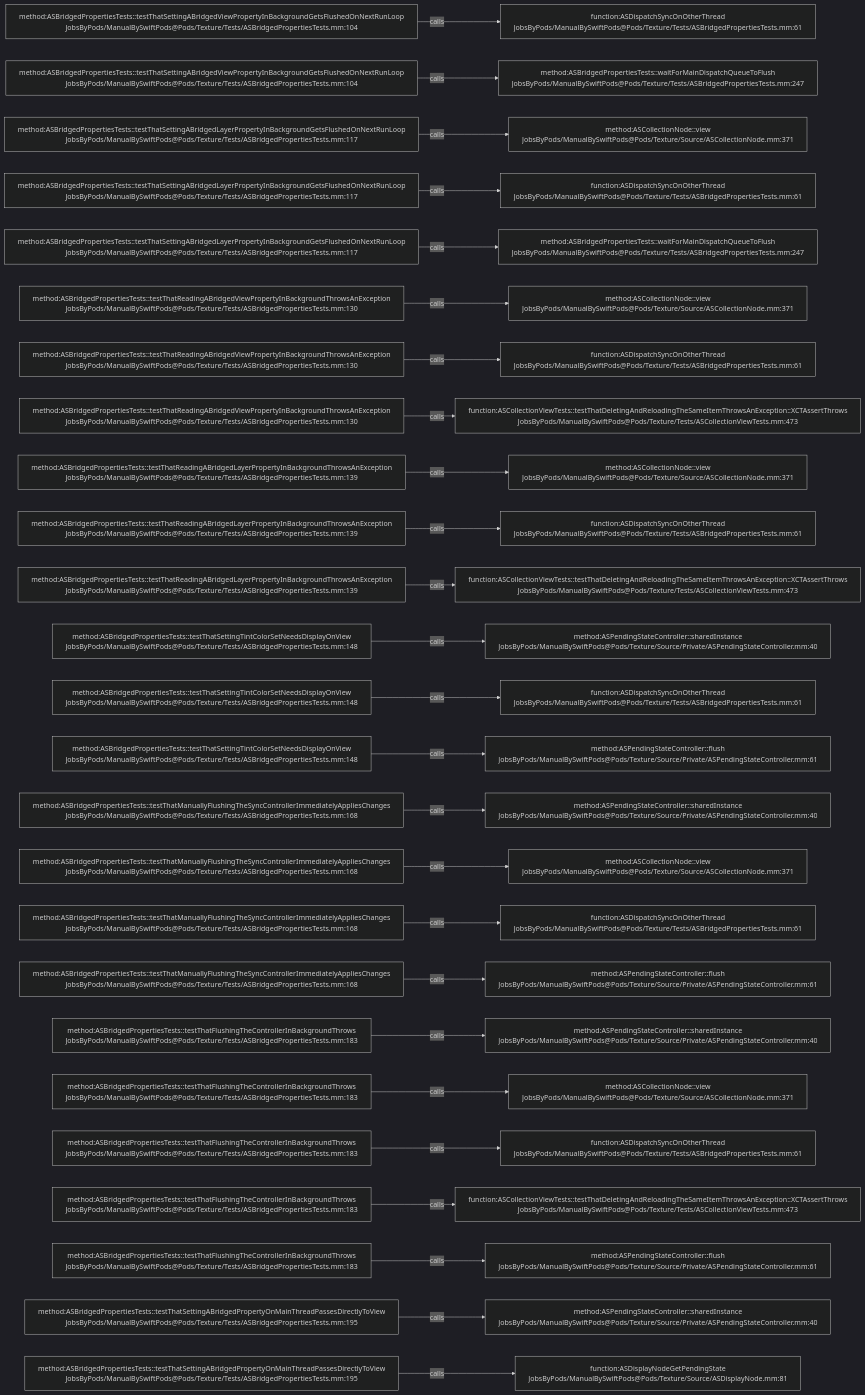
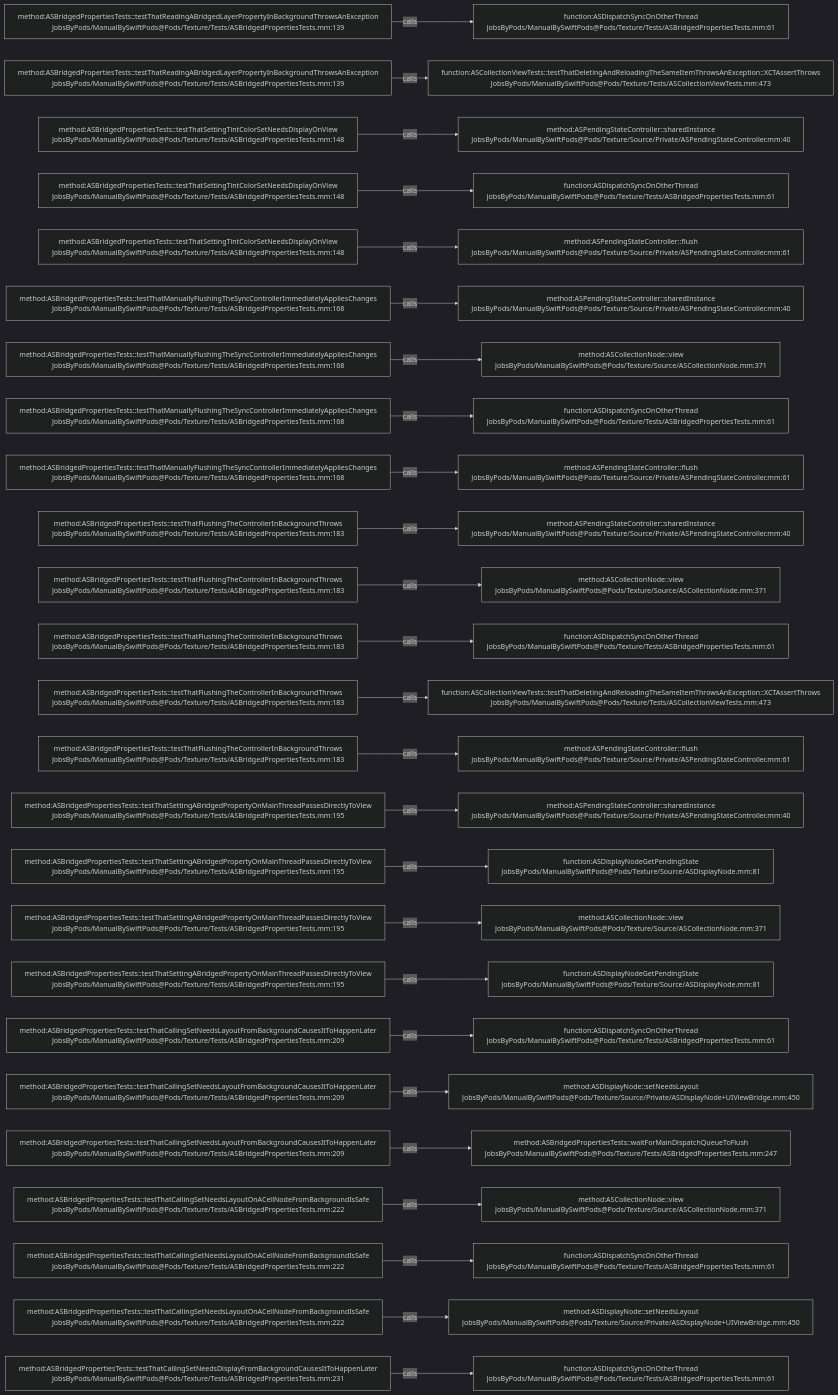
Before and after one commit to JobsKits/JobsSwiftBaseConfigDemo: the diagram in .codegraph/codegraph.md/graphs/calls-164.md, drawn with Mermaid (dark theme). The commit also changed 707 other files, not shown here.

````diff
--- a/.codegraph/codegraph.md/graphs/calls-164.md
+++ b/.codegraph/codegraph.md/graphs/calls-164.md
@@ -13,78 +13,78 @@
 ```mermaid
 flowchart LR
-  S1["method:ASBridgedPropertiesTests::testThatSettingABridgedViewPropertyInBackgroundGetsFlushedOnNextRunLoop<br/>JobsByPods/ManualBySwiftPods@Pods/Texture/Tests/ASBridgedPropertiesTests.mm:104"]
+  S1["method:ASBridgedPropertiesTests::testThatReadingABridgedLayerPropertyInBackgroundThrowsAnException<br/>JobsByPods/ManualBySwiftPods@Pods/Texture/Tests/ASBridgedPropertiesTests.mm:139"]
   T1["function:ASDispatchSyncOnOtherThread<br/>JobsByPods/ManualBySwiftPods@Pods/Texture/Tests/ASBridgedPropertiesTests.mm:61"]
   S1 -->|calls| T1
-  S2["method:ASBridgedPropertiesTests::testThatSettingABridgedViewPropertyInBackgroundGetsFlushedOnNextRunLoop<br/>JobsByPods/ManualBySwiftPods@Pods/Texture/Tests/ASBridgedPropertiesTests.mm:104"]
-  T2["method:ASBridgedPropertiesTests::waitForMainDispatchQueueToFlush<br/>JobsByPods/ManualBySwiftPods@Pods/Texture/Tests/ASBridgedPropertiesTests.mm:247"]
+  S2["method:ASBridgedPropertiesTests::testThatReadingABridgedLayerPropertyInBackgroundThrowsAnException<br/>JobsByPods/ManualBySwiftPods@Pods/Texture/Tests/ASBridgedPropertiesTests.mm:139"]
+  T2["function:ASCollectionViewTests::testThatDeletingAndReloadingTheSameItemThrowsAnException::XCTAssertThrows<br/>JobsByPods/ManualBySwiftPods@Pods/Texture/Tests/ASCollectionViewTests.mm:473"]
   S2 -->|calls| T2
-  S3["method:ASBridgedPropertiesTests::testThatSettingABridgedLayerPropertyInBackgroundGetsFlushedOnNextRunLoop<br/>JobsByPods/ManualBySwiftPods@Pods/Texture/Tests/ASBridgedPropertiesTests.mm:117"]
-  T3["method:ASCollectionNode::view<br/>JobsByPods/ManualBySwiftPods@Pods/Texture/Source/ASCollectionNode.mm:371"]
+  S3["method:ASBridgedPropertiesTests::testThatSettingTintColorSetNeedsDisplayOnView<br/>JobsByPods/ManualBySwiftPods@Pods/Texture/Tests/ASBridgedPropertiesTests.mm:148"]
+  T3["method:ASPendingStateController::sharedInstance<br/>JobsByPods/ManualBySwiftPods@Pods/Texture/Source/Private/ASPendingStateController.mm:40"]
   S3 -->|calls| T3
-  S4["method:ASBridgedPropertiesTests::testThatSettingABridgedLayerPropertyInBackgroundGetsFlushedOnNextRunLoop<br/>JobsByPods/ManualBySwiftPods@Pods/Texture/Tests/ASBridgedPropertiesTests.mm:117"]
+  S4["method:ASBridgedPropertiesTests::testThatSettingTintColorSetNeedsDisplayOnView<br/>JobsByPods/ManualBySwiftPods@Pods/Texture/Tests/ASBridgedPropertiesTests.mm:148"]
   T4["function:ASDispatchSyncOnOtherThread<br/>JobsByPods/ManualBySwiftPods@Pods/Texture/Tests/ASBridgedPropertiesTests.mm:61"]
   S4 -->|calls| T4
-  S5["method:ASBridgedPropertiesTests::testThatSettingABridgedLayerPropertyInBackgroundGetsFlushedOnNextRunLoop<br/>JobsByPods/ManualBySwiftPods@Pods/Texture/Tests/ASBridgedPropertiesTests.mm:117"]
-  T5["method:ASBridgedPropertiesTests::waitForMainDispatchQueueToFlush<br/>JobsByPods/ManualBySwiftPods@Pods/Texture/Tests/ASBridgedPropertiesTests.mm:247"]
+  S5["method:ASBridgedPropertiesTests::testThatSettingTintColorSetNeedsDisplayOnView<br/>JobsByPods/ManualBySwiftPods@Pods/Texture/Tests/ASBridgedPropertiesTests.mm:148"]
+  T5["method:ASPendingStateController::flush<br/>JobsByPods/ManualBySwiftPods@Pods/Texture/Source/Private/ASPendingStateController.mm:61"]
   S5 -->|calls| T5
-  S6["method:ASBridgedPropertiesTests::testThatReadingABridgedViewPropertyInBackgroundThrowsAnException<br/>JobsByPods/ManualBySwiftPods@Pods/Texture/Tests/ASBridgedPropertiesTests.mm:130"]
-  T6["method:ASCollectionNode::view<br/>JobsByPods/ManualBySwiftPods@Pods/Texture/Source/ASCollectionNode.mm:371"]
+  S6["method:ASBridgedPropertiesTests::testThatManuallyFlushingTheSyncControllerImmediatelyAppliesChanges<br/>JobsByPods/ManualBySwiftPods@Pods/Texture/Tests/ASBridgedPropertiesTests.mm:168"]
+  T6["method:ASPendingStateController::sharedInstance<br/>JobsByPods/ManualBySwiftPods@Pods/Texture/Source/Private/ASPendingStateController.mm:40"]
   S6 -->|calls| T6
-  S7["method:ASBridgedPropertiesTests::testThatReadingABridgedViewPropertyInBackgroundThrowsAnException<br/>JobsByPods/ManualBySwiftPods@Pods/Texture/Tests/ASBridgedPropertiesTests.mm:130"]
-  T7["function:ASDispatchSyncOnOtherThread<br/>JobsByPods/ManualBySwiftPods@Pods/Texture/Tests/ASBridgedPropertiesTests.mm:61"]
+  S7["method:ASBridgedPropertiesTests::testThatManuallyFlushingTheSyncControllerImmediatelyAppliesChanges<br/>JobsByPods/ManualBySwiftPods@Pods/Texture/Tests/ASBridgedPropertiesTests.mm:168"]
+  T7["method:ASCollectionNode::view<br/>JobsByPods/ManualBySwiftPods@Pods/Texture/Source/ASCollectionNode.mm:371"]
   S7 -->|calls| T7
-  S8["method:ASBridgedPropertiesTests::testThatReadingABridgedViewPropertyInBackgroundThrowsAnException<br/>JobsByPods/ManualBySwiftPods@Pods/Texture/Tests/ASBridgedPropertiesTests.mm:130"]
-  T8["function:ASCollectionViewTests::testThatDeletingAndReloadingTheSameItemThrowsAnException::XCTAssertThrows<br/>JobsByPods/ManualBySwiftPods@Pods/Texture/Tests/ASCollectionViewTests.mm:473"]
+  S8["method:ASBridgedPropertiesTests::testThatManuallyFlushingTheSyncControllerImmediatelyAppliesChanges<br/>JobsByPods/ManualBySwiftPods@Pods/Texture/Tests/ASBridgedPropertiesTests.mm:168"]
+  T8["function:ASDispatchSyncOnOtherThread<br/>JobsByPods/ManualBySwiftPods@Pods/Texture/Tests/ASBridgedPropertiesTests.mm:61"]
   S8 -->|calls| T8
-  S9["method:ASBridgedPropertiesTests::testThatReadingABridgedLayerPropertyInBackgroundThrowsAnException<br/>JobsByPods/ManualBySwiftPods@Pods/Texture/Tests/ASBridgedPropertiesTests.mm:139"]
-  T9["method:ASCollectionNode::view<br/>JobsByPods/ManualBySwiftPods@Pods/Texture/Source/ASCollectionNode.mm:371"]
+  S9["method:ASBridgedPropertiesTests::testThatManuallyFlushingTheSyncControllerImmediatelyAppliesChanges<br/>JobsByPods/ManualBySwiftPods@Pods/Texture/Tests/ASBridgedPropertiesTests.mm:168"]
+  T9["method:ASPendingStateController::flush<br/>JobsByPods/ManualBySwiftPods@Pods/Texture/Source/Private/ASPendingStateController.mm:61"]
   S9 -->|calls| T9
-  S10["method:ASBridgedPropertiesTests::testThatReadingABridgedLayerPropertyInBackgroundThrowsAnException<br/>JobsByPods/ManualBySwiftPods@Pods/Texture/Tests/ASBridgedPropertiesTests.mm:139"]
-  T10["function:ASDispatchSyncOnOtherThread<br/>JobsByPods/ManualBySwiftPods@Pods/Texture/Tests/ASBridgedPropertiesTests.mm:61"]
+  S10["method:ASBridgedPropertiesTests::testThatFlushingTheControllerInBackgroundThrows<br/>JobsByPods/ManualBySwiftPods@Pods/Texture/Tests/ASBridgedPropertiesTests.mm:183"]
+  T10["method:ASPendingStateController::sharedInstance<br/>JobsByPods/ManualBySwiftPods@Pods/Texture/Source/Private/ASPendingStateController.mm:40"]
   S10 -->|calls| T10
-  S11["method:ASBridgedPropertiesTests::testThatReadingABridgedLayerPropertyInBackgroundThrowsAnException<br/>JobsByPods/ManualBySwiftPods@Pods/Texture/Tests/ASBridgedPropertiesTests.mm:139"]
-  T11["function:ASCollectionViewTests::testThatDeletingAndReloadingTheSameItemThrowsAnException::XCTAssertThrows<br/>JobsByPods/ManualBySwiftPods@Pods/Texture/Tests/ASCollectionViewTests.mm:473"]
+  S11["method:ASBridgedPropertiesTests::testThatFlushingTheControllerInBackgroundThrows<br/>JobsByPods/ManualBySwiftPods@Pods/Texture/Tests/ASBridgedPropertiesTests.mm:183"]
+  T11["method:ASCollectionNode::view<br/>JobsByPods/ManualBySwiftPods@Pods/Texture/Source/ASCollectionNode.mm:371"]
   S11 -->|calls| T11
-  S12["method:ASBridgedPropertiesTests::testThatSettingTintColorSetNeedsDisplayOnView<br/>JobsByPods/ManualBySwiftPods@Pods/Texture/Tests/ASBridgedPropertiesTests.mm:148"]
-  T12["method:ASPendingStateController::sharedInstance<br/>JobsByPods/ManualBySwiftPods@Pods/Texture/Source/Private/ASPendingStateController.mm:40"]
+  S12["method:ASBridgedPropertiesTests::testThatFlushingTheControllerInBackgroundThrows<br/>JobsByPods/ManualBySwiftPods@Pods/Texture/Tests/ASBridgedPropertiesTests.mm:183"]
+  T12["function:ASDispatchSyncOnOtherThread<br/>JobsByPods/ManualBySwiftPods@Pods/Texture/Tests/ASBridgedPropertiesTests.mm:61"]
   S12 -->|calls| T12
-  S13["method:ASBridgedPropertiesTests::testThatSettingTintColorSetNeedsDisplayOnView<br/>JobsByPods/ManualBySwiftPods@Pods/Texture/Tests/ASBridgedPropertiesTests.mm:148"]
-  T13["function:ASDispatchSyncOnOtherThread<br/>JobsByPods/ManualBySwiftPods@Pods/Texture/Tests/ASBridgedPropertiesTests.mm:61"]
+  S13["method:ASBridgedPropertiesTests::testThatFlushingTheControllerInBackgroundThrows<br/>JobsByPods/ManualBySwiftPods@Pods/Texture/Tests/ASBridgedPropertiesTests.mm:183"]
+  T13["function:ASCollectionViewTests::testThatDeletingAndReloadingTheSameItemThrowsAnException::XCTAssertThrows<br/>JobsByPods/ManualBySwiftPods@Pods/Texture/Tests/ASCollectionViewTests.mm:473"]
   S13 -->|calls| T13
-  S14["method:ASBridgedPropertiesTests::testThatSettingTintColorSetNeedsDisplayOnView<br/>JobsByPods/ManualBySwiftPods@Pods/Texture/Tests/ASBridgedPropertiesTests.mm:148"]
+  S14["method:ASBridgedPropertiesTests::testThatFlushingTheControllerInBackgroundThrows<br/>JobsByPods/ManualBySwiftPods@Pods/Texture/Tests/ASBridgedPropertiesTests.mm:183"]
   T14["method:ASPendingStateController::flush<br/>JobsByPods/ManualBySwiftPods@Pods/Texture/Source/Private/ASPendingStateController.mm:61"]
   S14 -->|calls| T14
-  S15["method:ASBridgedPropertiesTests::testThatManuallyFlushingTheSyncControllerImmediatelyAppliesChanges<br/>JobsByPods/ManualBySwiftPods@Pods/Texture/Tests/ASBridgedPropertiesTests.mm:168"]
+  S15["method:ASBridgedPropertiesTests::testThatSettingABridgedPropertyOnMainThreadPassesDirectlyToView<br/>JobsByPods/ManualBySwiftPods@Pods/Texture/Tests/ASBridgedPropertiesTests.mm:195"]
   T15["method:ASPendingStateController::sharedInstance<br/>JobsByPods/ManualBySwiftPods@Pods/Texture/Source/Private/ASPendingStateController.mm:40"]
   S15 -->|calls| T15
-  S16["method:ASBridgedPropertiesTests::testThatManuallyFlushingTheSyncControllerImmediatelyAppliesChanges<br/>JobsByPods/ManualBySwiftPods@Pods/Texture/Tests/ASBridgedPropertiesTests.mm:168"]
-  T16["method:ASCollectionNode::view<br/>JobsByPods/ManualBySwiftPods@Pods/Texture/Source/ASCollectionNode.mm:371"]
+  S16["method:ASBridgedPropertiesTests::testThatSettingABridgedPropertyOnMainThreadPassesDirectlyToView<br/>JobsByPods/ManualBySwiftPods@Pods/Texture/Tests/ASBridgedPropertiesTests.mm:195"]
+  T16["function:ASDisplayNodeGetPendingState<br/>JobsByPods/ManualBySwiftPods@Pods/Texture/Source/ASDisplayNode.mm:81"]
   S16 -->|calls| T16
-  S17["method:ASBridgedPropertiesTests::testThatManuallyFlushingTheSyncControllerImmediatelyAppliesChanges<br/>JobsByPods/ManualBySwiftPods@Pods/Texture/Tests/ASBridgedPropertiesTests.mm:168"]
-  T17["function:ASDispatchSyncOnOtherThread<br/>JobsByPods/ManualBySwiftPods@Pods/Texture/Tests/ASBridgedPropertiesTests.mm:61"]
+  S17["method:ASBridgedPropertiesTests::testThatSettingABridgedPropertyOnMainThreadPassesDirectlyToView<br/>JobsByPods/ManualBySwiftPods@Pods/Texture/Tests/ASBridgedPropertiesTests.mm:195"]
+  T17["method:ASCollectionNode::view<br/>JobsByPods/ManualBySwiftPods@Pods/Texture/Source/ASCollectionNode.mm:371"]
   S17 -->|calls| T17
-  S18["method:ASBridgedPropertiesTests::testThatManuallyFlushingTheSyncControllerImmediatelyAppliesChanges<br/>JobsByPods/ManualBySwiftPods@Pods/Texture/Tests/ASBridgedPropertiesTests.mm:168"]
-  T18["method:ASPendingStateController::flush<br/>JobsByPods/ManualBySwiftPods@Pods/Texture/Source/Private/ASPendingStateController.mm:61"]
+  S18["method:ASBridgedPropertiesTests::testThatSettingABridgedPropertyOnMainThreadPassesDirectlyToView<br/>JobsByPods/ManualBySwiftPods@Pods/Texture/Tests/ASBridgedPropertiesTests.mm:195"]
+  T18["function:ASDisplayNodeGetPendingState<br/>JobsByPods/ManualBySwiftPods@Pods/Texture/Source/ASDisplayNode.mm:81"]
   S18 -->|calls| T18
-  S19["method:ASBridgedPropertiesTests::testThatFlushingTheControllerInBackgroundThrows<br/>JobsByPods/ManualBySwiftPods@Pods/Texture/Tests/ASBridgedPropertiesTests.mm:183"]
-  T19["method:ASPendingStateController::sharedInstance<br/>JobsByPods/ManualBySwiftPods@Pods/Texture/Source/Private/ASPendingStateController.mm:40"]
+  S19["method:ASBridgedPropertiesTests::testThatCallingSetNeedsLayoutFromBackgroundCausesItToHappenLater<br/>JobsByPods/ManualBySwiftPods@Pods/Texture/Tests/ASBridgedPropertiesTests.mm:209"]
+  T19["function:ASDispatchSyncOnOtherThread<br/>JobsByPods/ManualBySwiftPods@Pods/Texture/Tests/ASBridgedPropertiesTests.mm:61"]
   S19 -->|calls| T19
-  S20["method:ASBridgedPropertiesTests::testThatFlushingTheControllerInBackgroundThrows<br/>JobsByPods/ManualBySwiftPods@Pods/Texture/Tests/ASBridgedPropertiesTests.mm:183"]
-  T20["method:ASCollectionNode::view<br/>JobsByPods/ManualBySwiftPods@Pods/Texture/Source/ASCollectionNode.mm:371"]
+  S20["method:ASBridgedPropertiesTests::testThatCallingSetNeedsLayoutFromBackgroundCausesItToHappenLater<br/>JobsByPods/ManualBySwiftPods@Pods/Texture/Tests/ASBridgedPropertiesTests.mm:209"]
+  T20["method:ASDisplayNode::setNeedsLayout<br/>JobsByPods/ManualBySwiftPods@Pods/Texture/Source/Private/ASDisplayNode+UIViewBridge.mm:450"]
   S20 -->|calls| T20
-  S21["method:ASBridgedPropertiesTests::testThatFlushingTheControllerInBackgroundThrows<br/>JobsByPods/ManualBySwiftPods@Pods/Texture/Tests/ASBridgedPropertiesTests.mm:183"]
-  T21["function:ASDispatchSyncOnOtherThread<br/>JobsByPods/ManualBySwiftPods@Pods/Texture/Tests/ASBridgedPropertiesTests.mm:61"]
+  S21["method:ASBridgedPropertiesTests::testThatCallingSetNeedsLayoutFromBackgroundCausesItToHappenLater<br/>JobsByPods/ManualBySwiftPods@Pods/Texture/Tests/ASBridgedPropertiesTests.mm:209"]
+  T21["method:ASBridgedPropertiesTests::waitForMainDispatchQueueToFlush<br/>JobsByPods/ManualBySwiftPods@Pods/Texture/Tests/ASBridgedPropertiesTests.mm:247"]
   S21 -->|calls| T21
-  S22["method:ASBridgedPropertiesTests::testThatFlushingTheControllerInBackgroundThrows<br/>JobsByPods/ManualBySwiftPods@Pods/Texture/Tests/ASBridgedPropertiesTests.mm:183"]
-  T22["function:ASCollectionViewTests::testThatDeletingAndReloadingTheSameItemThrowsAnException::XCTAssertThrows<br/>JobsByPods/ManualBySwiftPods@Pods/Texture/Tests/ASCollectionViewTests.mm:473"]
+  S22["method:ASBridgedPropertiesTests::testThatCallingSetNeedsLayoutOnACellNodeFromBackgroundIsSafe<br/>JobsByPods/ManualBySwiftPods@Pods/Texture/Tests/ASBridgedPropertiesTests.mm:222"]
+  T22["method:ASCollectionNode::view<br/>JobsByPods/ManualBySwiftPods@Pods/Texture/Source/ASCollectionNode.mm:371"]
   S22 -->|calls| T22
-  S23["method:ASBridgedPropertiesTests::testThatFlushingTheControllerInBackgroundThrows<br/>JobsByPods/ManualBySwiftPods@Pods/Texture/Tests/ASBridgedPropertiesTests.mm:183"]
-  T23["method:ASPendingStateController::flush<br/>JobsByPods/ManualBySwiftPods@Pods/Texture/Source/Private/ASPendingStateController.mm:61"]
+  S23["method:ASBridgedPropertiesTests::testThatCallingSetNeedsLayoutOnACellNodeFromBackgroundIsSafe<br/>JobsByPods/ManualBySwiftPods@Pods/Texture/Tests/ASBridgedPropertiesTests.mm:222"]
+  T23["function:ASDispatchSyncOnOtherThread<br/>JobsByPods/ManualBySwiftPods@Pods/Texture/Tests/ASBridgedPropertiesTests.mm:61"]
   S23 -->|calls| T23
-  S24["method:ASBridgedPropertiesTests::testThatSettingABridgedPropertyOnMainThreadPassesDirectlyToView<br/>JobsByPods/ManualBySwiftPods@Pods/Texture/Tests/ASBridgedPropertiesTests.mm:195"]
-  T24["method:ASPendingStateController::sharedInstance<br/>JobsByPods/ManualBySwiftPods@Pods/Texture/Source/Private/ASPendingStateController.mm:40"]
+  S24["method:ASBridgedPropertiesTests::testThatCallingSetNeedsLayoutOnACellNodeFromBackgroundIsSafe<br/>JobsByPods/ManualBySwiftPods@Pods/Texture/Tests/ASBridgedPropertiesTests.mm:222"]
+  T24["method:ASDisplayNode::setNeedsLayout<br/>JobsByPods/ManualBySwiftPods@Pods/Texture/Source/Private/ASDisplayNode+UIViewBridge.mm:450"]
   S24 -->|calls| T24
-  S25["method:ASBridgedPropertiesTests::testThatSettingABridgedPropertyOnMainThreadPassesDirectlyToView<br/>JobsByPods/ManualBySwiftPods@Pods/Texture/Tests/ASBridgedPropertiesTests.mm:195"]
-  T25["function:ASDisplayNodeGetPendingState<br/>JobsByPods/ManualBySwiftPods@Pods/Texture/Source/ASDisplayNode.mm:81"]
+  S25["method:ASBridgedPropertiesTests::testThatCallingSetNeedsDisplayFromBackgroundCausesItToHappenLater<br/>JobsByPods/ManualBySwiftPods@Pods/Texture/Tests/ASBridgedPropertiesTests.mm:231"]
+  T25["function:ASDispatchSyncOnOtherThread<br/>JobsByPods/ManualBySwiftPods@Pods/Texture/Tests/ASBridgedPropertiesTests.mm:61"]
   S25 -->|calls| T25
 ```
````
